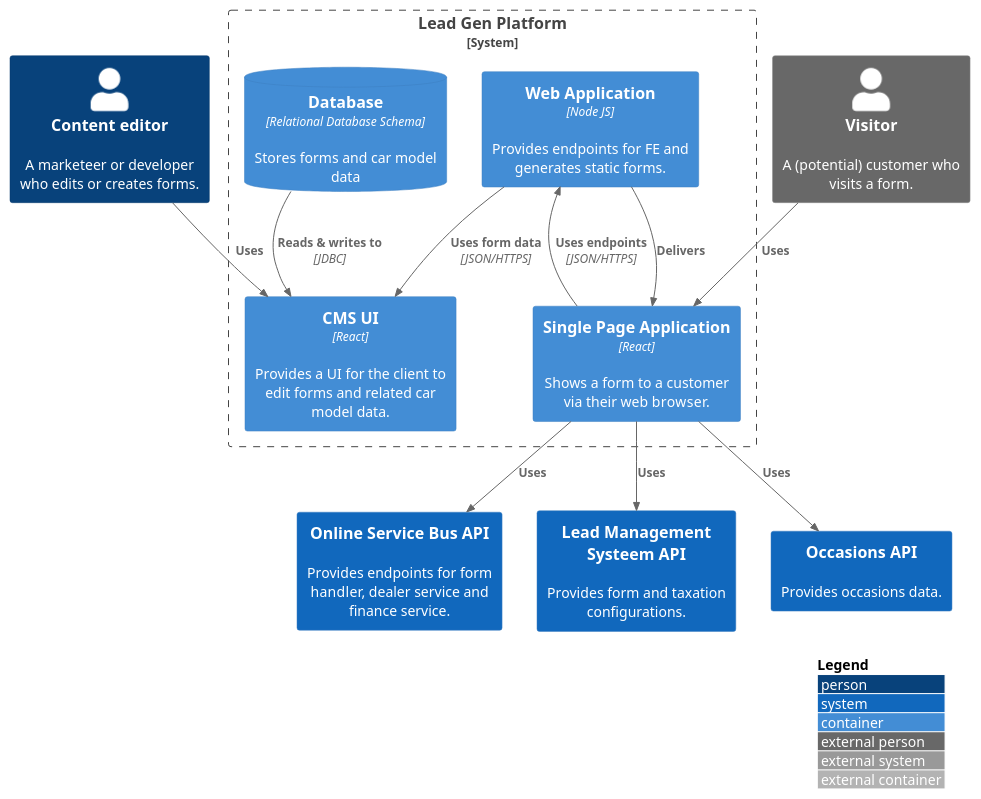
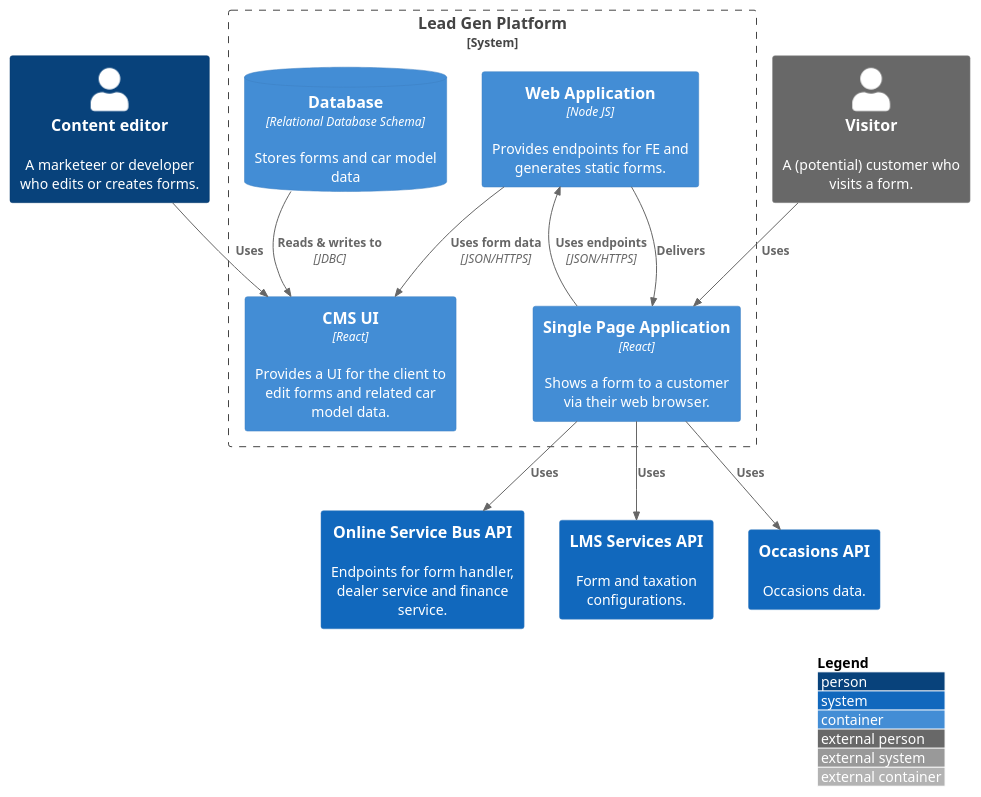
One commit to gitwazzup/lead-gen-c4 changed the diagram in src/1 Lead Gen Platform/system.puml. Above: the diagram before and after it, drawn with PlantUML. The commit also changed 11 other files, not shown here.

```diff
--- a/src/1 Lead Gen Platform/system.puml
+++ b/src/1 Lead Gen Platform/system.puml
@@ -1,28 +1,28 @@
 @startuml
 !include https://raw.githubusercontent.com/adrianvlupu/C4-PlantUML/latest/C4_Container.puml
 
 LAYOUT_WITH_LEGEND()
 
 Person(editor, "Content editor", "A marketeer or developer who edits or creates forms.")
 Person_Ext(visitor, "Visitor", "A (potential) customer who visits a form.")
-System(osb, "Online Service Bus API", "Provides endpoints for form handler, dealer service and finance service.")
-System(lms, "Lead Management Systeem API", "Provides form and taxation configurations.")
-System(occasions, "Occasions API", "Provides occasions data.")
+System(osb, "Online Service Bus API", "Endpoints for form handler, dealer service and finance service.")
+System(lms, "LMS Services API", "Form and taxation configurations.")
+System(occasions, "Occasions API", "Occasions data.")
 System_Boundary(lgp, "Lead Gen Platform") {
     Container(wa, "Web Application", "Node JS", "Provides endpoints for FE and generates static forms.")
     Container(spa, "Single Page Application", "React", "Shows a form to a customer via their web browser.")
     Container(cms, "CMS UI", "React", "Provides a UI for the client to edit forms and related car model data.")
     ContainerDb(db, "Database", "Relational Database Schema", "Stores forms and car model data")
 
     Rel(spa, wa, "Uses endpoints", "JSON/HTTPS")
     Rel(wa, cms, "Uses form data", "JSON/HTTPS")
     Rel(db, cms, "Reads & writes to", "JDBC")
     Rel(wa, spa, "Delivers")
 }
 
 Rel(editor, cms, "Uses")
 Rel(visitor, spa, "Uses")
 Rel(spa, osb, "Uses")
 Rel(spa, lms, "Uses")
 Rel(spa, occasions, "Uses")
 @enduml
```
